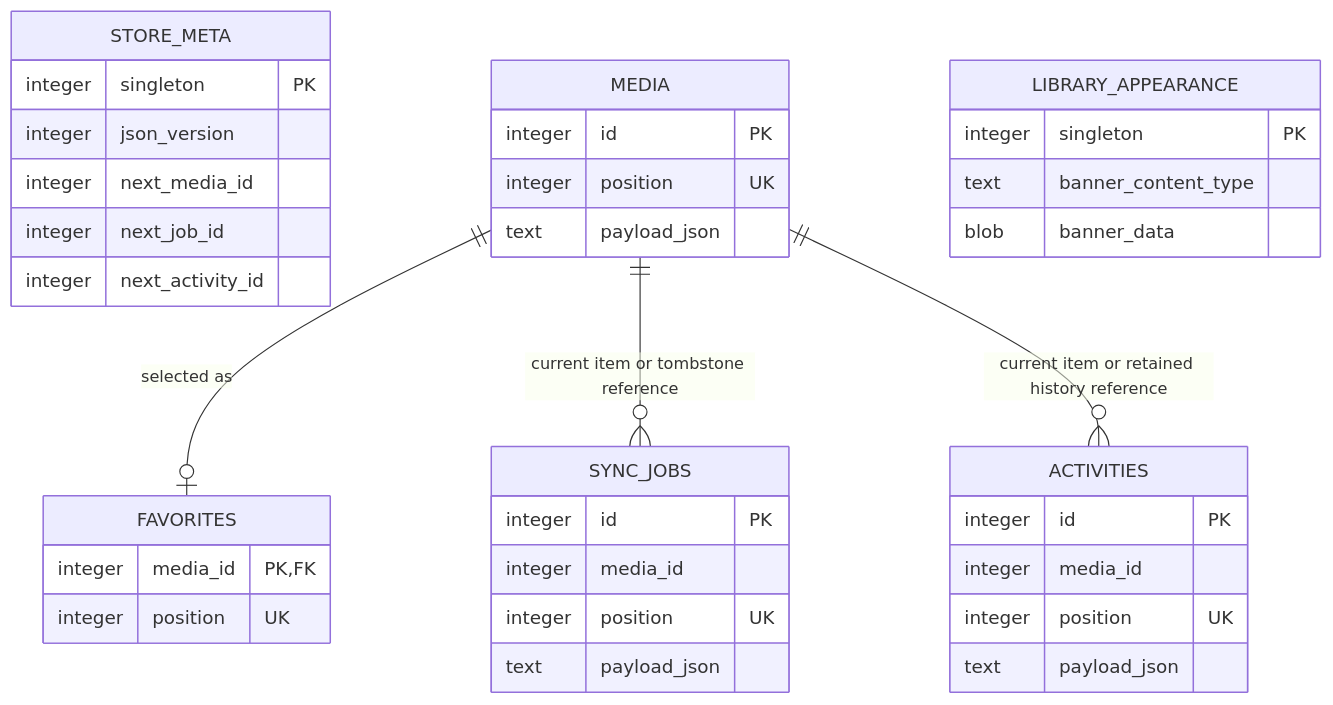
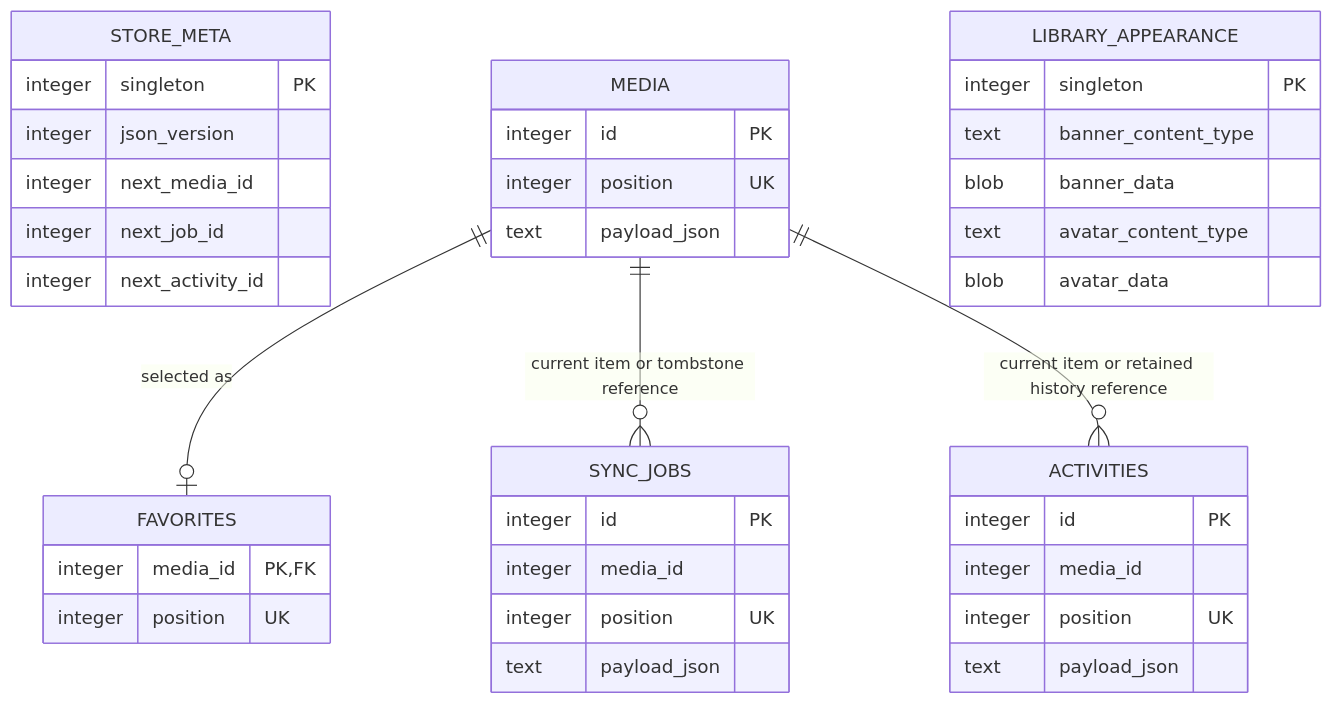
The second of 5 diagrams in DIAGRAMS.MD (GMkonan/honne), drawn with Mermaid before and after one commit. The commit also changed other lines of this file and 16 other files, not shown here.

````diff
--- a/DIAGRAMS.MD
+++ b/DIAGRAMS.MD
@@ -27,45 +27,47 @@
 ```mermaid
 erDiagram
     STORE_META {
         integer singleton PK
         integer json_version
         integer next_media_id
         integer next_job_id
         integer next_activity_id
     }
 
     MEDIA {
         integer id PK
         integer position UK
         text payload_json
     }
 
     SYNC_JOBS {
         integer id PK
         integer media_id
         integer position UK
         text payload_json
     }
 
     ACTIVITIES {
         integer id PK
         integer media_id
         integer position UK
         text payload_json
     }
 
     FAVORITES {
         integer media_id PK,FK
         integer position UK
     }
 
     LIBRARY_APPEARANCE {
         integer singleton PK
         text banner_content_type
         blob banner_data
+        text avatar_content_type
+        blob avatar_data
     }
 
     MEDIA ||--o| FAVORITES : "selected as"
     MEDIA ||--o{ SYNC_JOBS : "current item or tombstone reference"
     MEDIA ||--o{ ACTIVITIES : "current item or retained history reference"
 ```
````
